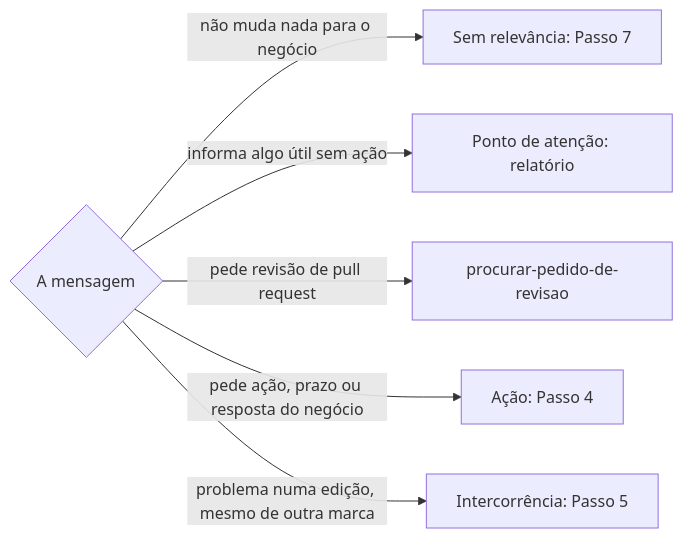
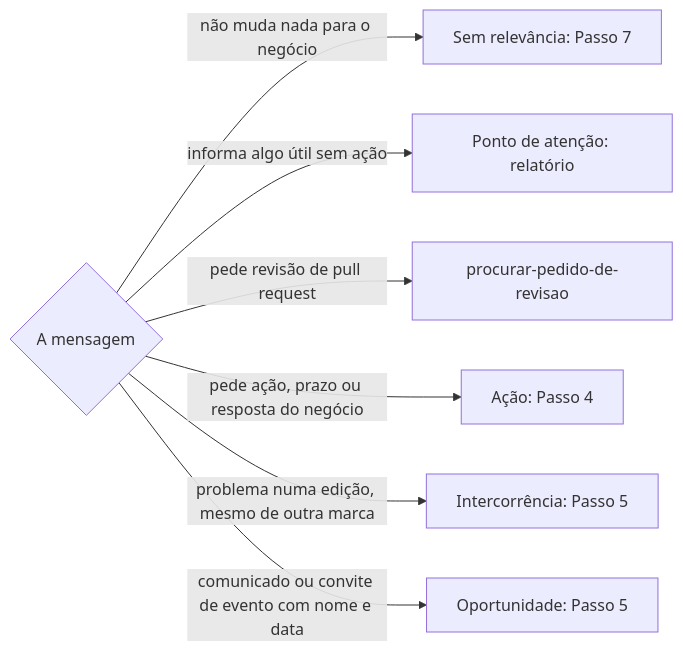
One commit to jimmyandrade/harness changed the diagram in .agents/skills/triar-conversas/SKILL.md. Above: the diagram before and after it, drawn with Mermaid. The commit also changed other lines of this file and 5 other files, not shown here.

````diff
--- a/.agents/skills/triar-conversas/SKILL.md
+++ b/.agents/skills/triar-conversas/SKILL.md
@@ -66,8 +66,9 @@
 ```mermaid
 flowchart LR
   M{A mensagem} -->|não muda nada para o negócio| S[Sem relevância: Passo 7]
   M -->|informa algo útil sem ação| P[Ponto de atenção: relatório]
   M -->|pede revisão de pull request| R[procurar-pedido-de-revisao]
   M -->|pede ação, prazo ou resposta do negócio| A[Ação: Passo 4]
   M -->|problema numa edição, mesmo de outra marca| I[Intercorrência: Passo 5]
+  M -->|comunicado ou convite de evento com nome e data| O[Oportunidade: Passo 5]
 ```
````
